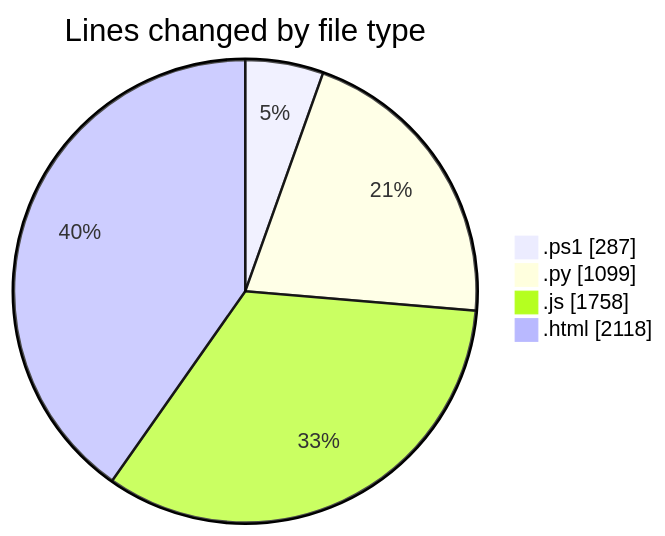
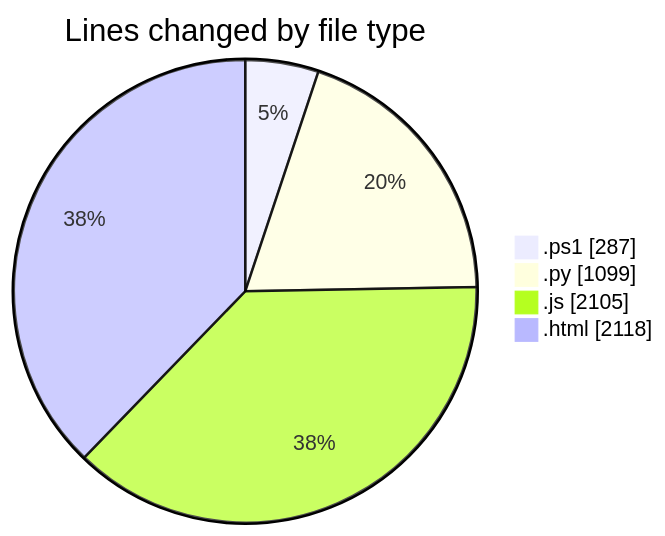
The first of 2 diagrams in 2026-07-14/shibass-ai/README.md (shibass792/code-tracking), drawn with Mermaid before and after one commit. The commit also changed other lines of this file and 1 other file, not shown here.

````diff
--- a/2026-07-14/shibass-ai/README.md
+++ b/2026-07-14/shibass-ai/README.md
@@ -26,8 +26,8 @@
 ```mermaid
 pie showData
 title Lines changed by file type
 ".ps1" : 287
 ".py" : 1099
-".js" : 1758
+".js" : 2105
 ".html" : 2118
 ```
````
